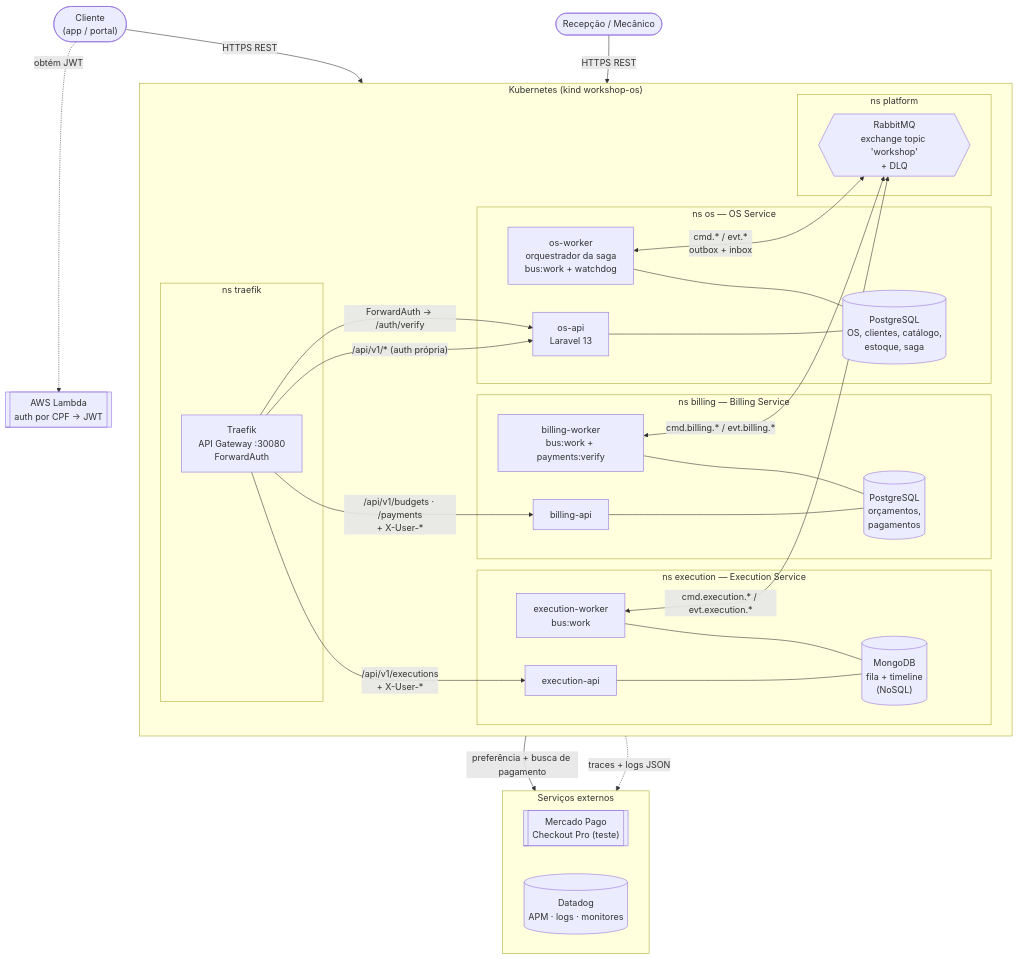
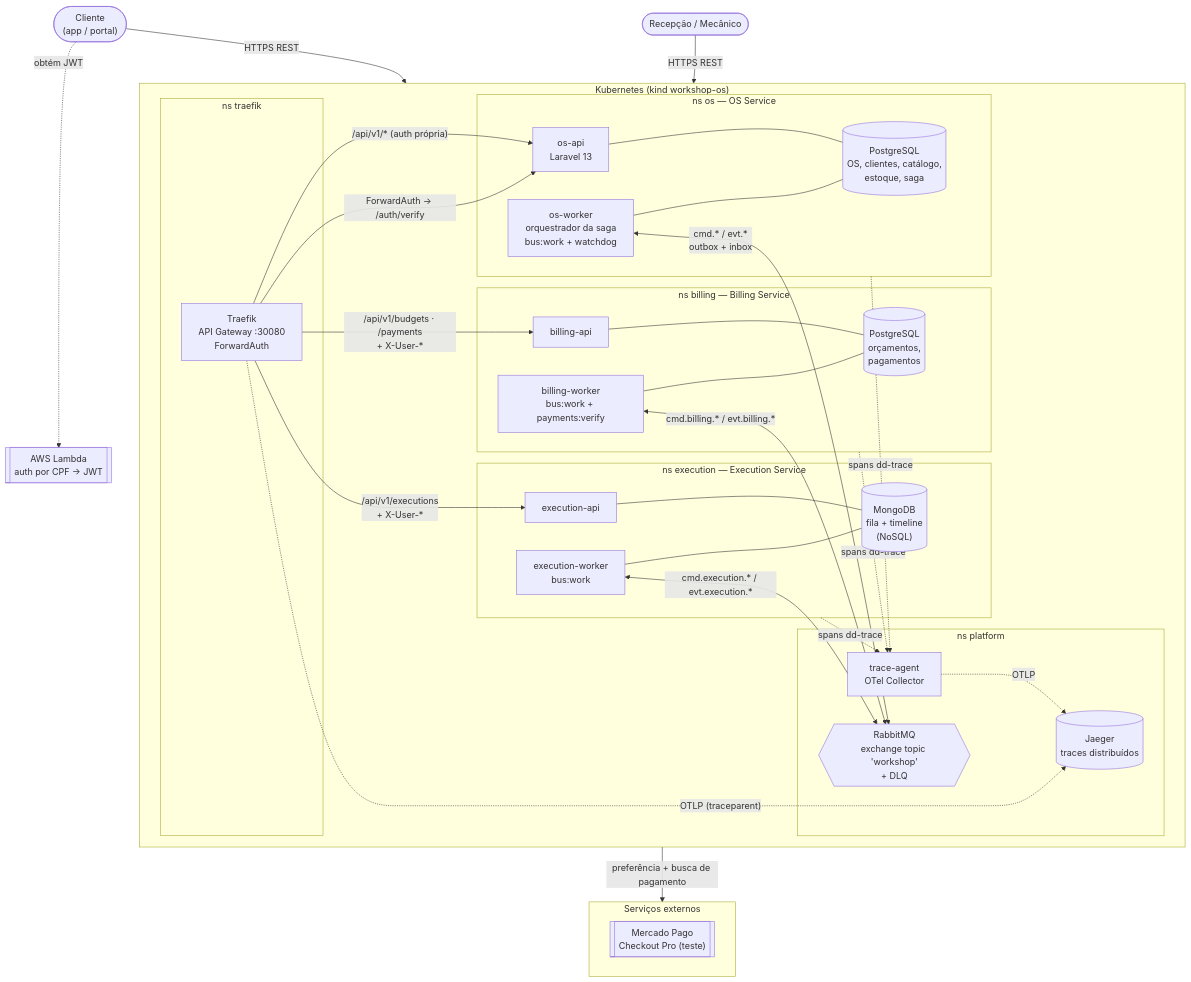
One commit to CandidoRPNeto/15SOAT-Fase1 changed the diagram in docs/architecture/diagrams/fase4/architecture-overview.mmd. Above: the diagram before and after it, drawn with Mermaid. The commit also changed 11 other files, not shown here.

Commit message:
docs: ADR-016 local APM with Jaeger; diagrams and delivery notes drop Datadog

```diff
--- a/docs/architecture/diagrams/fase4/architecture-overview.mmd
+++ b/docs/architecture/diagrams/fase4/architecture-overview.mmd
@@ -1,53 +1,56 @@
 %% Fase 4 — arquitetura geral: microsserviços, bancos e comunicação
 flowchart TB
     Client(["Cliente<br/>(app / portal)"])
     Staff(["Recepção / Mecânico"])
     Lambda[["AWS Lambda<br/>auth por CPF → JWT"]]
 
     subgraph K8S["Kubernetes (kind workshop-os)"]
         direction LR
         subgraph GW["ns traefik"]
             Traefik["Traefik<br/>API Gateway :30080<br/>ForwardAuth"]
         end
         subgraph OSNS["ns os — OS Service"]
             OSAPI["os-api<br/>Laravel 13"]
             OSW["os-worker<br/>orquestrador da saga<br/>bus:work + watchdog"]
             OSDB[("PostgreSQL<br/>OS, clientes, catálogo,<br/>estoque, saga")]
         end
         subgraph BNS["ns billing — Billing Service"]
             BAPI["billing-api"]
             BW["billing-worker<br/>bus:work + payments:verify"]
             BDB[("PostgreSQL<br/>orçamentos,<br/>pagamentos")]
         end
         subgraph ENS["ns execution — Execution Service"]
             EAPI["execution-api"]
             EW["execution-worker<br/>bus:work"]
             EDB[("MongoDB<br/>fila + timeline<br/>(NoSQL)")]
         end
         subgraph PNS["ns platform"]
             MQ{{"RabbitMQ<br/>exchange topic 'workshop'<br/>+ DLQ"}}
+            OTEL["trace-agent<br/>OTel Collector"]
+            JG[("Jaeger<br/>traces distribuídos")]
         end
     end
     subgraph EXT["Serviços externos"]
         direction LR
         MP[["Mercado Pago<br/>Checkout Pro (teste)"]]
-        DD[("Datadog<br/>APM · logs · monitores")]
     end
 
     Client & Staff -->|HTTPS REST| Traefik
     Client -.->|obtém JWT| Lambda
     Traefik -->|"/api/v1/* (auth própria)"| OSAPI
     Traefik -->|"ForwardAuth → /auth/verify"| OSAPI
     Traefik -->|"/api/v1/budgets · /payments<br/>+ X-User-*"| BAPI
     Traefik -->|"/api/v1/executions<br/>+ X-User-*"| EAPI
     OSAPI --- OSDB
     OSW --- OSDB
     BAPI --- BDB
     BW --- BDB
     EAPI --- EDB
     EW --- EDB
     OSW <-->|"cmd.* / evt.*<br/>outbox + inbox"| MQ
     BW <-->|"cmd.billing.* / evt.billing.*"| MQ
     EW <-->|"cmd.execution.* / evt.execution.*"| MQ
     BW -->|"preferência + busca de pagamento"| MP
-    K8S -.->|traces + logs JSON| DD
+    OSNS & BNS & ENS -.->|"spans dd-trace"| OTEL
+    OTEL -.->|OTLP| JG
+    Traefik -.->|"OTLP (traceparent)"| JG
```
